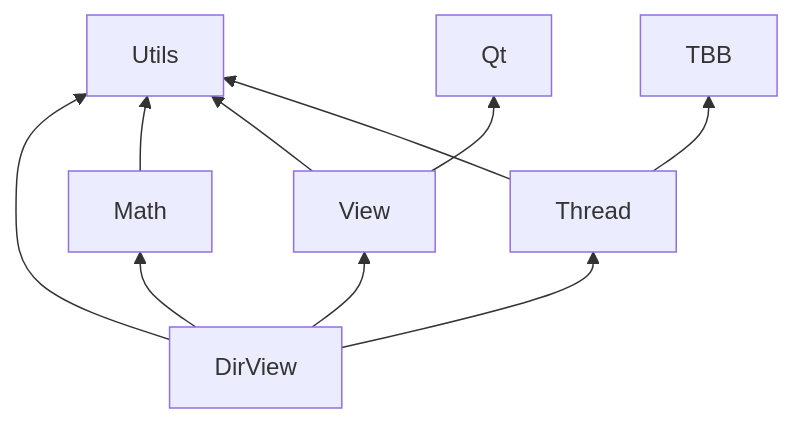
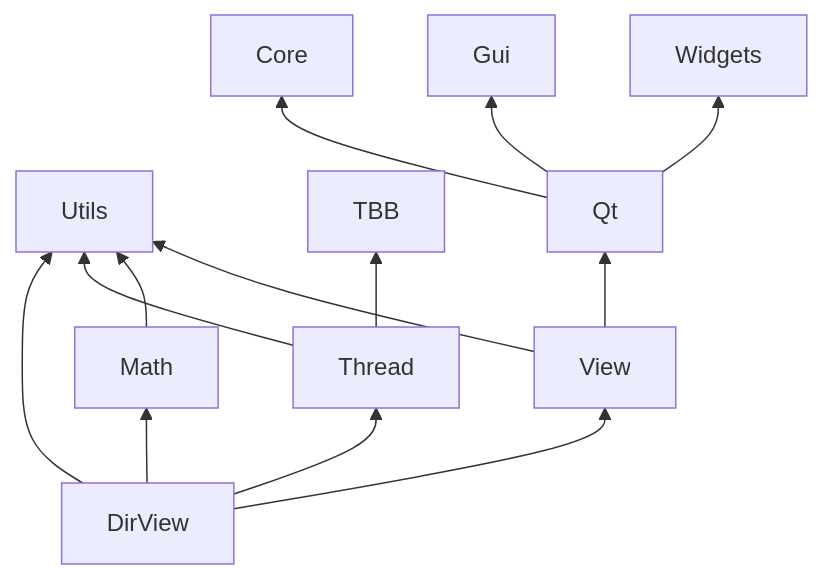
One commit to chcly/DirView changed the diagram in README.md. Above: the diagram before and after it, drawn with Mermaid. The commit also changed other lines of this file, not shown here.

````diff
--- a/README.md
+++ b/README.md
@@ -33,15 +35,20 @@
 ```mermaid
 graph BT;
       DirView-->Utils;
+      DirView-->View;
       DirView-->Math;
-      DirView-->View;
       DirView-->Thread;
+
       Thread-->TBB;
+      Thread-->Utils;
+
+      Math-->Utils;
+
       View-->Qt;
-      
-      Math-->Utils;
       View-->Utils;
-      
-      Thread-->Utils;
+
+      Qt-->Core;
+      Qt-->Gui;
+      Qt-->Widgets;
       
 ```
````
